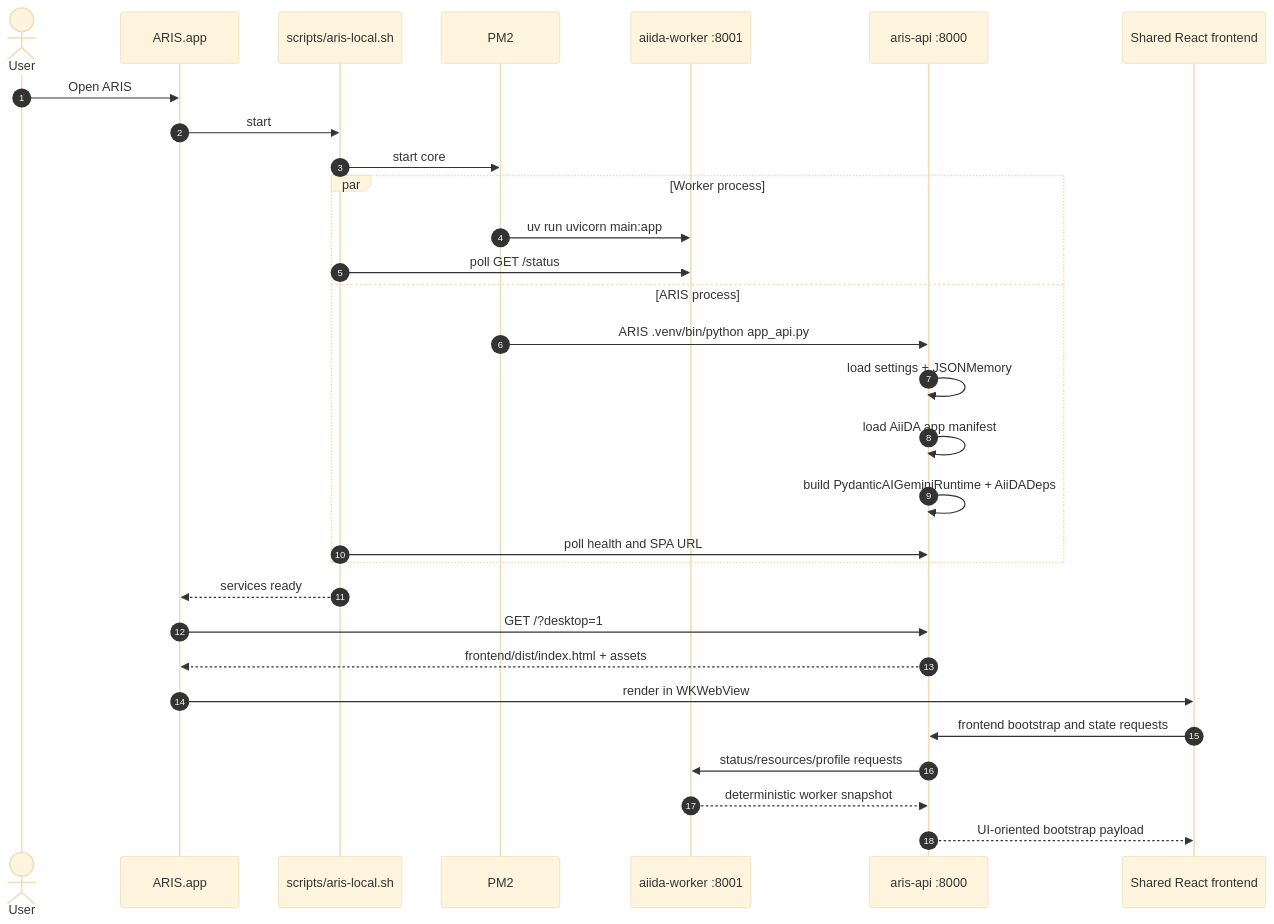
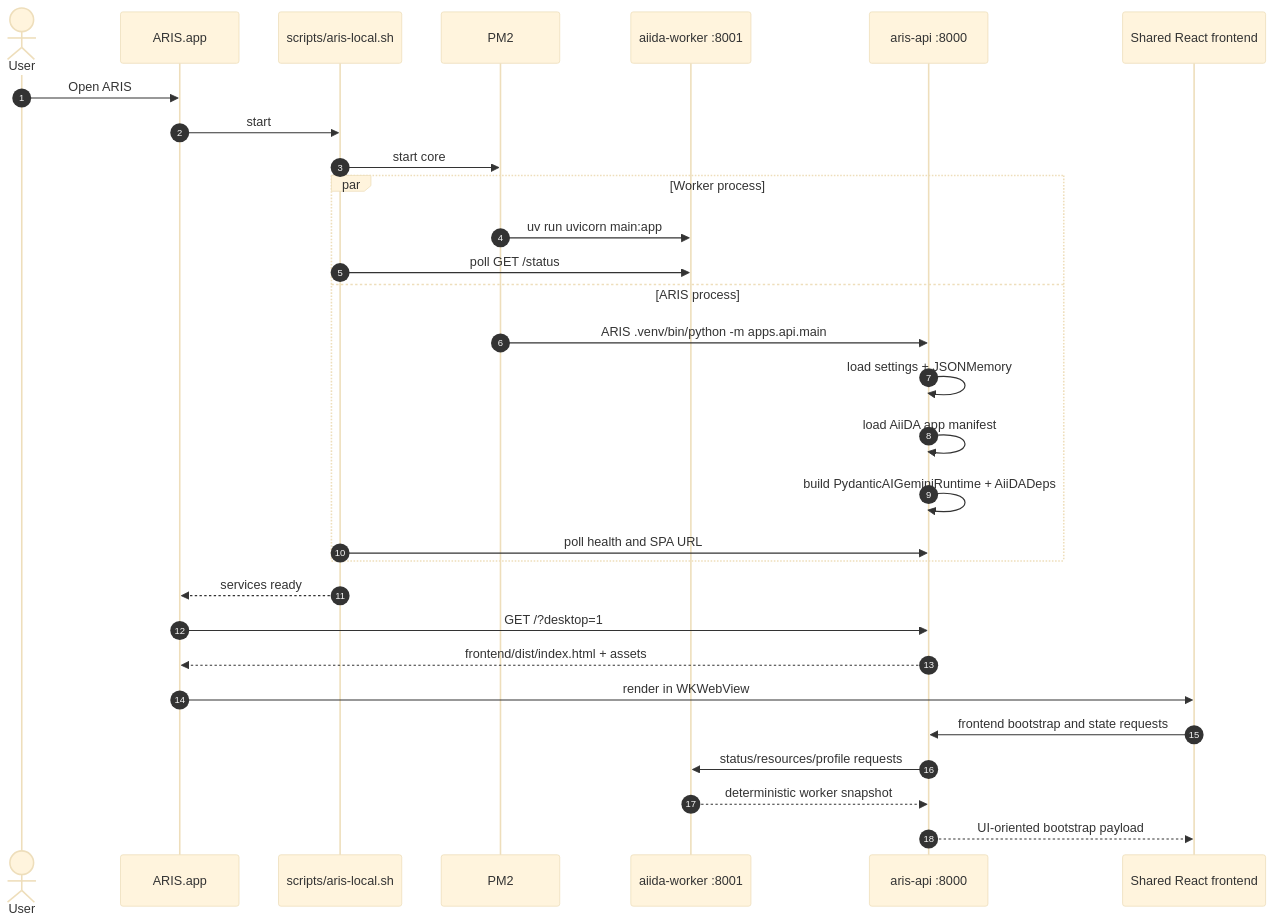
Before and after one commit to ymzhang0/aris: the second of 10 diagrams in docs/architecture/ARIS_AIIDA_WORKER_INTERNAL_FLOW.md, drawn with Mermaid (base theme). The commit also changed other lines of this file and 21 other files, not shown here.

````diff
--- a/docs/architecture/ARIS_AIIDA_WORKER_INTERNAL_FLOW.md
+++ b/docs/architecture/ARIS_AIIDA_WORKER_INTERNAL_FLOW.md
@@ -75,33 +75,33 @@
 ```mermaid
 sequenceDiagram
     autonumber
     actor User
     participant App as ARIS.app
     participant Launcher as scripts/aris-local.sh
     participant PM2
     participant Worker as aiida-worker :8001
     participant API as aris-api :8000
     participant Web as Shared React frontend
 
     User->>App: Open ARIS
     App->>Launcher: start
     Launcher->>PM2: start core
     par Worker process
         PM2->>Worker: uv run uvicorn main:app
         Launcher->>Worker: poll GET /status
     and ARIS process
-        PM2->>API: ARIS .venv/bin/python app_api.py
+        PM2->>API: ARIS .venv/bin/python -m apps.api.main
         API->>API: load settings + JSONMemory
         API->>API: load AiiDA app manifest
         API->>API: build PydanticAIGeminiRuntime + AiiDADeps
         Launcher->>API: poll health and SPA URL
     end
     Launcher-->>App: services ready
     App->>API: GET /?desktop=1
     API-->>App: frontend/dist/index.html + assets
     App->>Web: render in WKWebView
     Web->>API: frontend bootstrap and state requests
     API->>Worker: status/resources/profile requests
     Worker-->>API: deterministic worker snapshot
     API-->>Web: UI-oriented bootstrap payload
 ```
````
